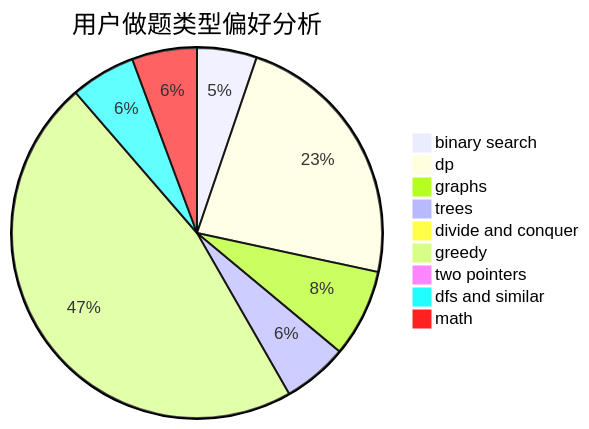
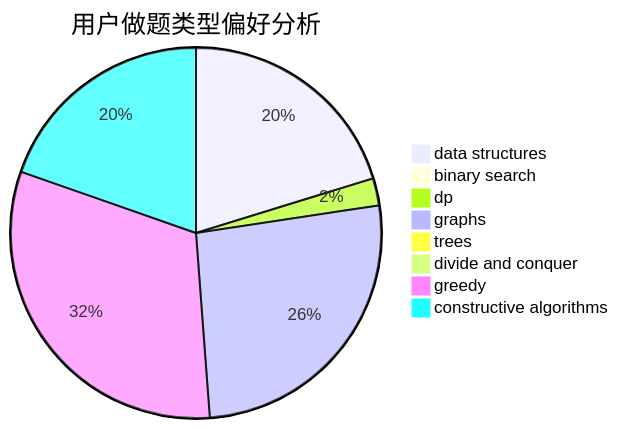
Before and after one commit to sherpahu/cfrs.github.io: the second of 3 diagrams in docs/user/u724.md, drawn with Mermaid. The commit also changed other lines of this file and 2775 other files, not shown here.

````diff
--- a/docs/user/u724.md
+++ b/docs/user/u724.md
@@ -23,12 +23,11 @@
 ```mermaid
 pie title 用户做题类型偏好分析
-    "binary search" :  34
-    "dp" :  151
-    "graphs" :  50
-    "trees" :  37
+    "data structures" :  34
+    "binary search" :  0
+    "dp" :  4
+    "graphs" :  44
+    "trees" :  0
     "divide and conquer" :  0
-    "greedy" :  306
-    "two pointers" :  5
-    "dfs and similar" :  37
-    "math" :  37
+    "greedy" :  53
+    "constructive algorithms" :  33
 ```
````
